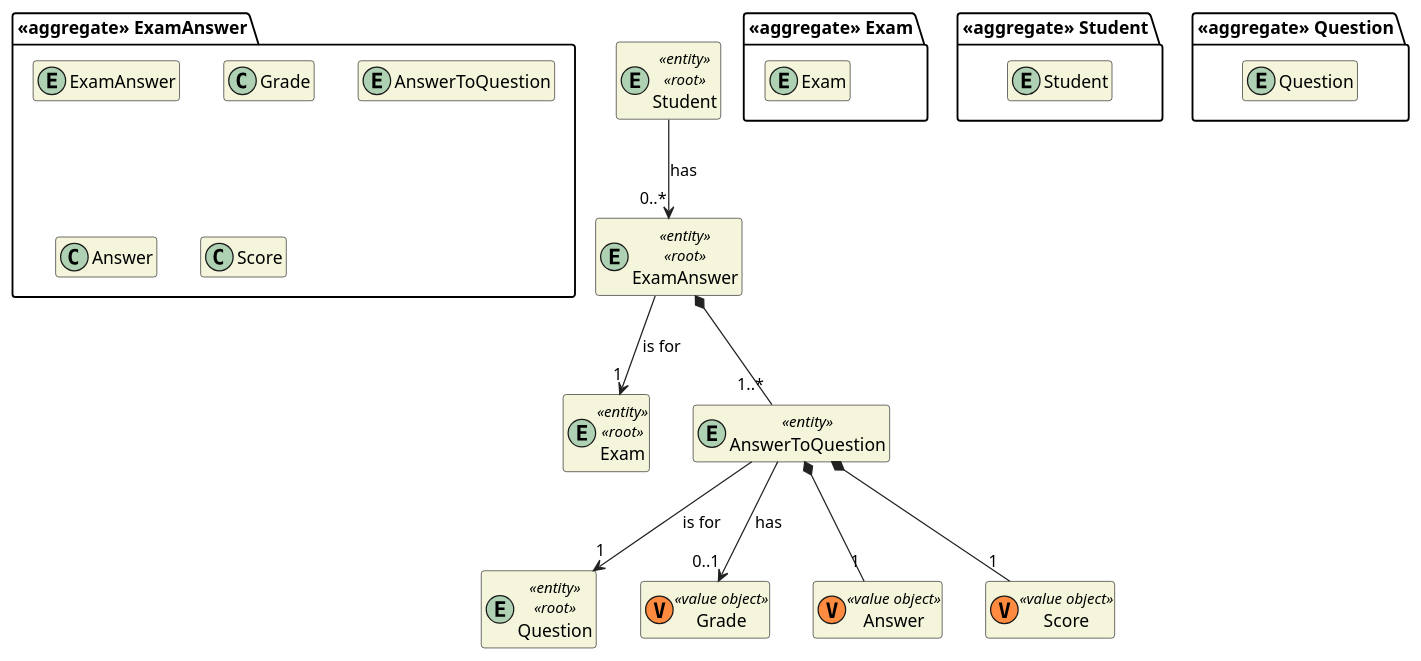
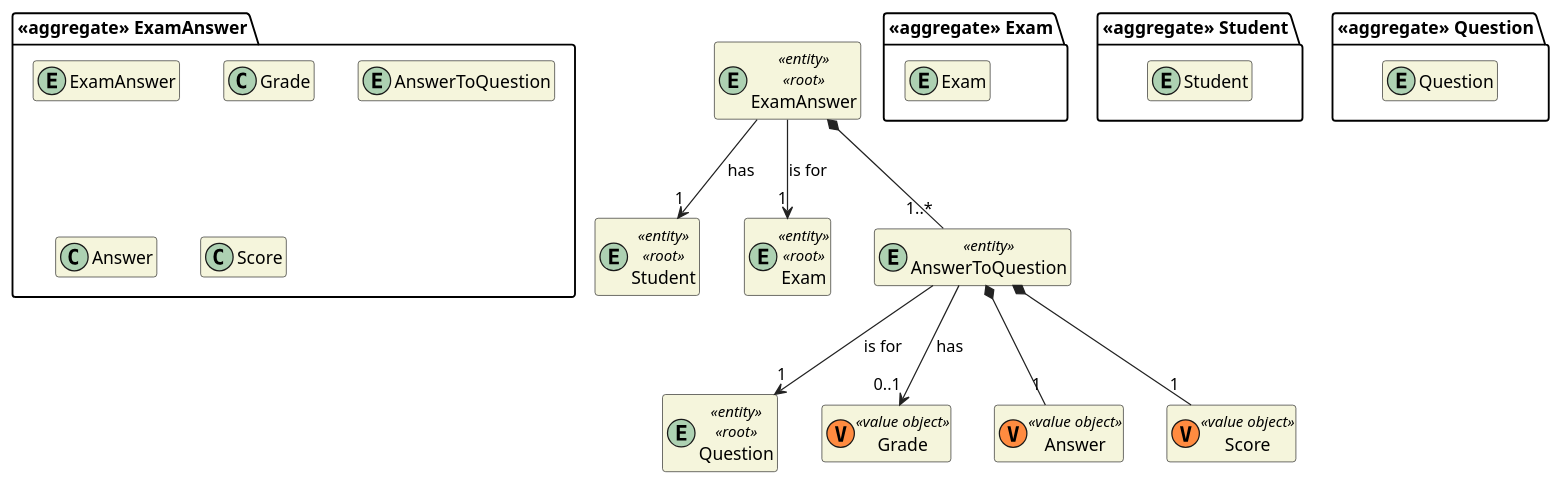
One commit to miseEnPlace-dev/lapr4 changed the diagram in docs/dm/DM_ExamAnswer.puml. Above: the diagram before and after it, drawn with PlantUML. The commit also changed 14 other files, not shown here.

Commit message:
feat: added exam answer classes (closes #25)

```diff
--- a/docs/dm/DM_ExamAnswer.puml
+++ b/docs/dm/DM_ExamAnswer.puml
@@ -1,57 +1,57 @@
 @startuml DM-EXAM-ANSWER
 'https://plantuml.com/class-diagram
 
 skinparam classAttributeIconSize 0
 hide empty attributes
 hide empty methods
 skinparam classBackgroundColor beige
 skinparam ArrowColor #222222
 
 package "<<aggregate>> Exam" {
   entity Exam
 }
 
 package "<<aggregate>> Student" {
   entity Student
 }
 
 entity Student <<entity>> <<root>> {
 }
 
 package "<<aggregate>> Question" {
   entity Question
 }
 
 entity Question <<entity>> <<root>> {
 }
 
 package "<<aggregate>> ExamAnswer" {
   entity ExamAnswer
 
   class Grade
 
   entity AnswerToQuestion
   class Answer
   class Score
 }
 
 entity ExamAnswer <<entity>> <<root>> {}
 
 class Grade <<(V,#FF8B40) value object>> {}
 class Answer <<(V,#FF8B40) value object>> {}
 class Score <<(V,#FF8B40) value object>> {}
 
 entity Exam <<entity>> <<root>> {}
 entity AnswerToQuestion <<entity>> {}
 
-Student --> "0..*"ExamAnswer : has
+ExamAnswer --> "1" Student : has
 ExamAnswer --> "1" Exam : is for
 AnswerToQuestion --> "0..1" Grade : has
 
 AnswerToQuestion --> "1" Question : is for
 AnswerToQuestion *-- "1" Answer
 AnswerToQuestion *-- "1" Score
 
 ExamAnswer *-- "1..*" AnswerToQuestion
 
 @enduml
```
